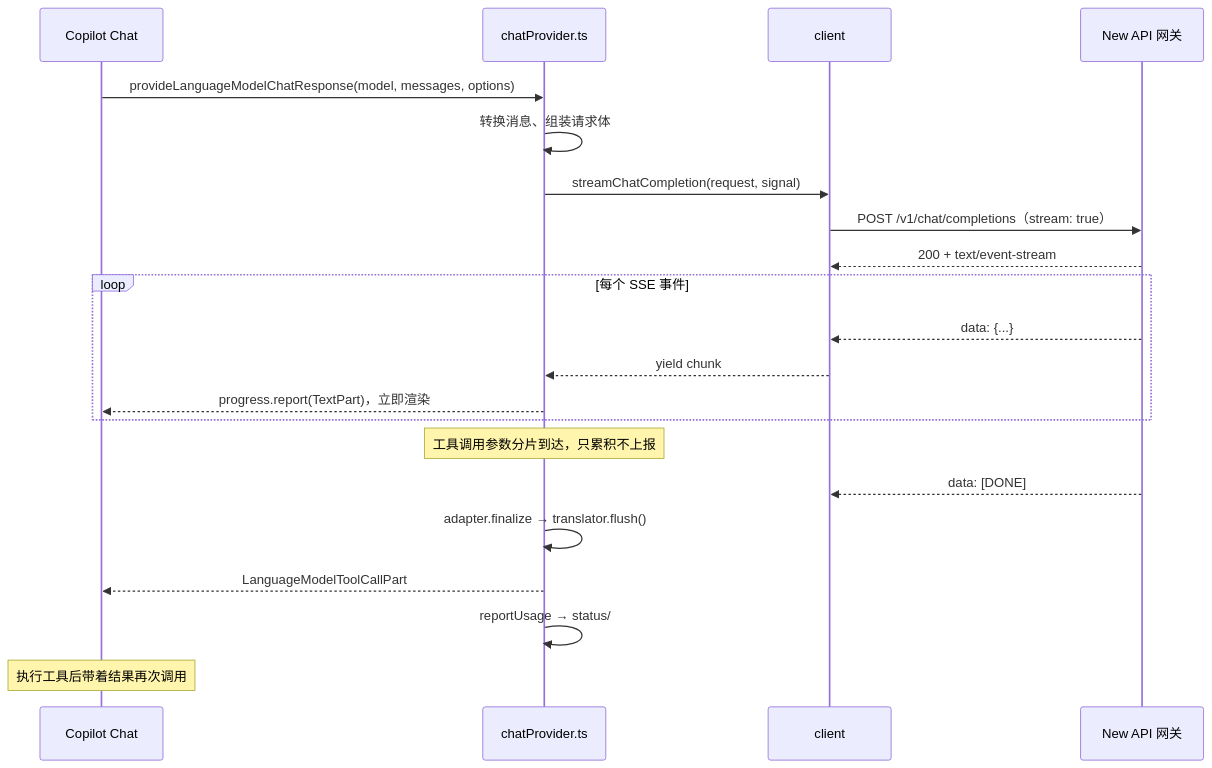
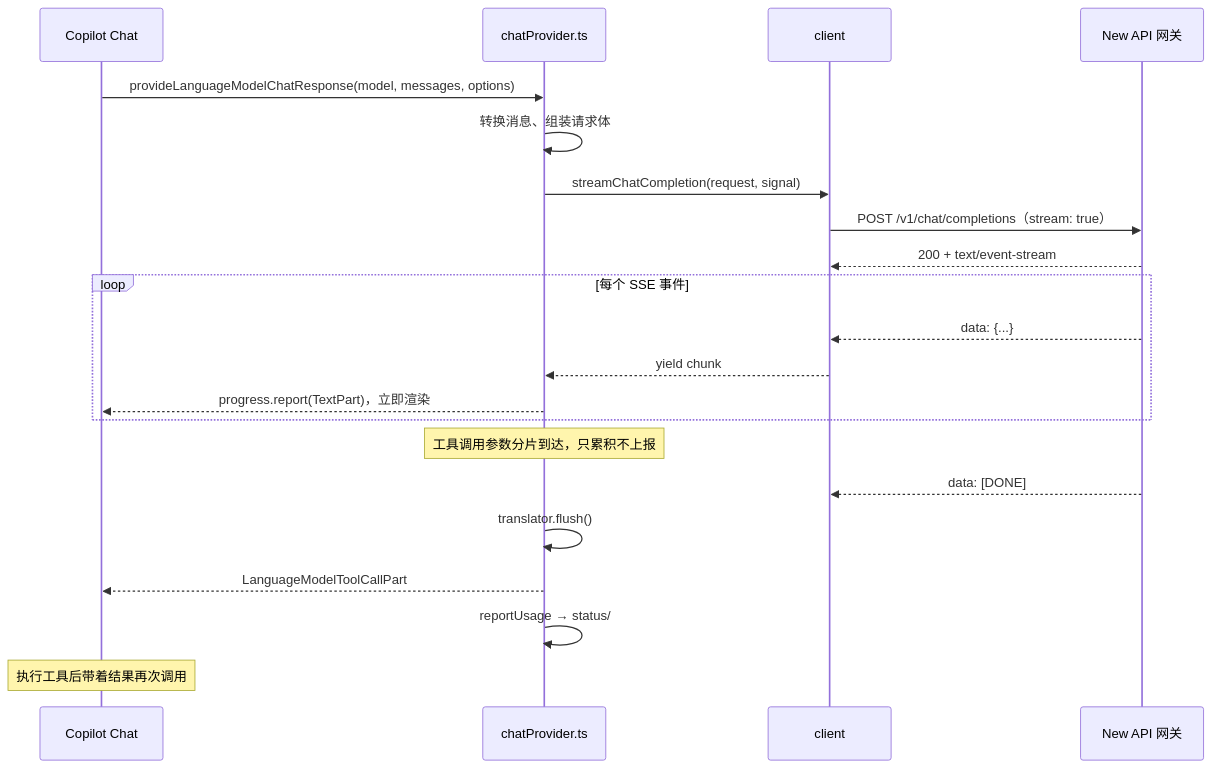
One commit to zephyraluco/newapi-copilot-chat changed the third of 5 diagrams in docs/ARCHITECTURE.md. Above: the diagram before and after it, drawn with Mermaid. The commit also changed other lines of this file and 16 other files, not shown here.

````diff
--- a/docs/ARCHITECTURE.md
+++ b/docs/ARCHITECTURE.md
@@ -138,24 +136,24 @@
 ```mermaid
 sequenceDiagram
     participant CC as Copilot Chat
     participant CP as chatProvider.ts
     participant CL as client
     participant GW as New API 网关
 
     CC->>CP: provideLanguageModelChatResponse(model, messages, options)
     CP->>CP: 转换消息、组装请求体
     CP->>CL: streamChatCompletion(request, signal)
     CL->>GW: POST /v1/chat/completions（stream: true）
     GW-->>CL: 200 + text/event-stream
     loop 每个 SSE 事件
         GW-->>CL: data: {...}
         CL-->>CP: yield chunk
         CP-->>CC: progress.report(TextPart)，立即渲染
     end
     Note over CP: 工具调用参数分片到达，只累积不上报
     GW-->>CL: data: [DONE]
-    CP->>CP: adapter.finalize → translator.flush()
+    CP->>CP: translator.flush()
     CP-->>CC: LanguageModelToolCallPart
     CP->>CP: reportUsage → status/
     Note over CC: 执行工具后带着结果再次调用
 ```
````
